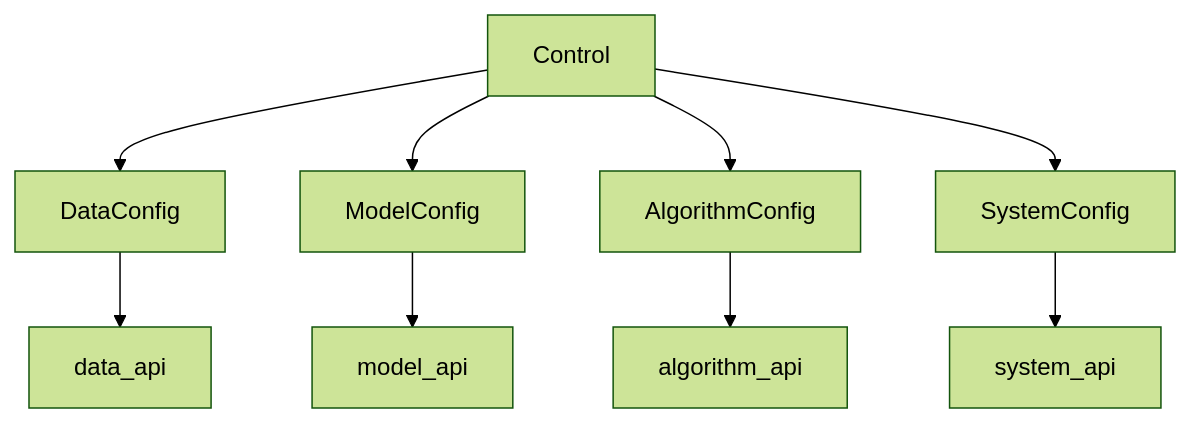
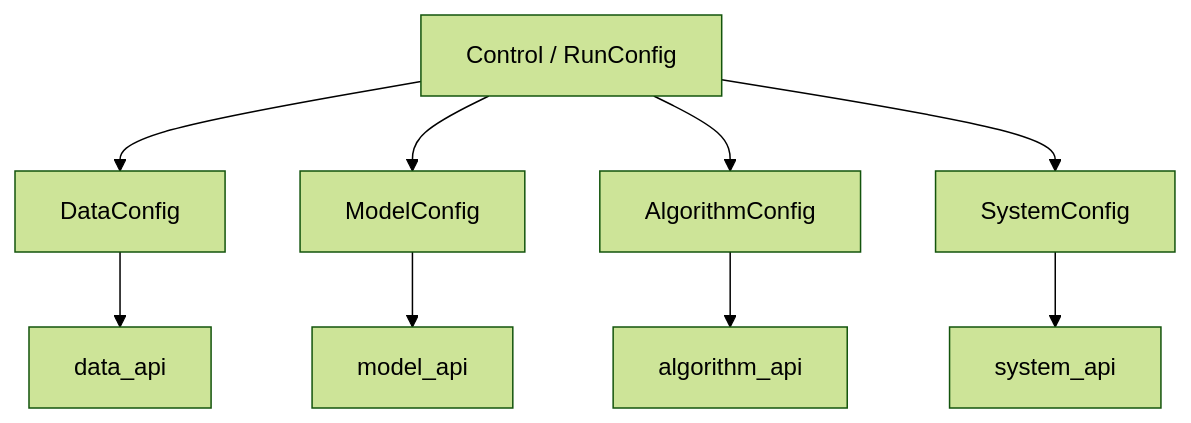
The sixth of 6 diagrams in docs/code_structure/structure.md (diaoenmao/RPipe), drawn with Mermaid (forest theme) before and after one commit. The commit also changed other lines of this file, not shown here.

First line of the commit message:
Tighten Control to Study/Experiment/Run and two-level configs.

````diff
--- a/docs/code_structure/structure.md
+++ b/docs/code_structure/structure.md
@@ -513,21 +609,21 @@
 ```mermaid
 flowchart TB
-  control["Control"]
+  control["Control / RunConfig"]
   dc["DataConfig"]
   mc["ModelConfig"]
   ac["AlgorithmConfig"]
   sc["SystemConfig"]
   dataApi["data_api"]
   modelApi["model_api"]
   algoApi["algorithm_api"]
   systemApi["system_api"]
 
   control --> dc
   control --> mc
   control --> ac
   control --> sc
   dc --> dataApi
   mc --> modelApi
   ac --> algoApi
   sc --> systemApi
 ```
````
